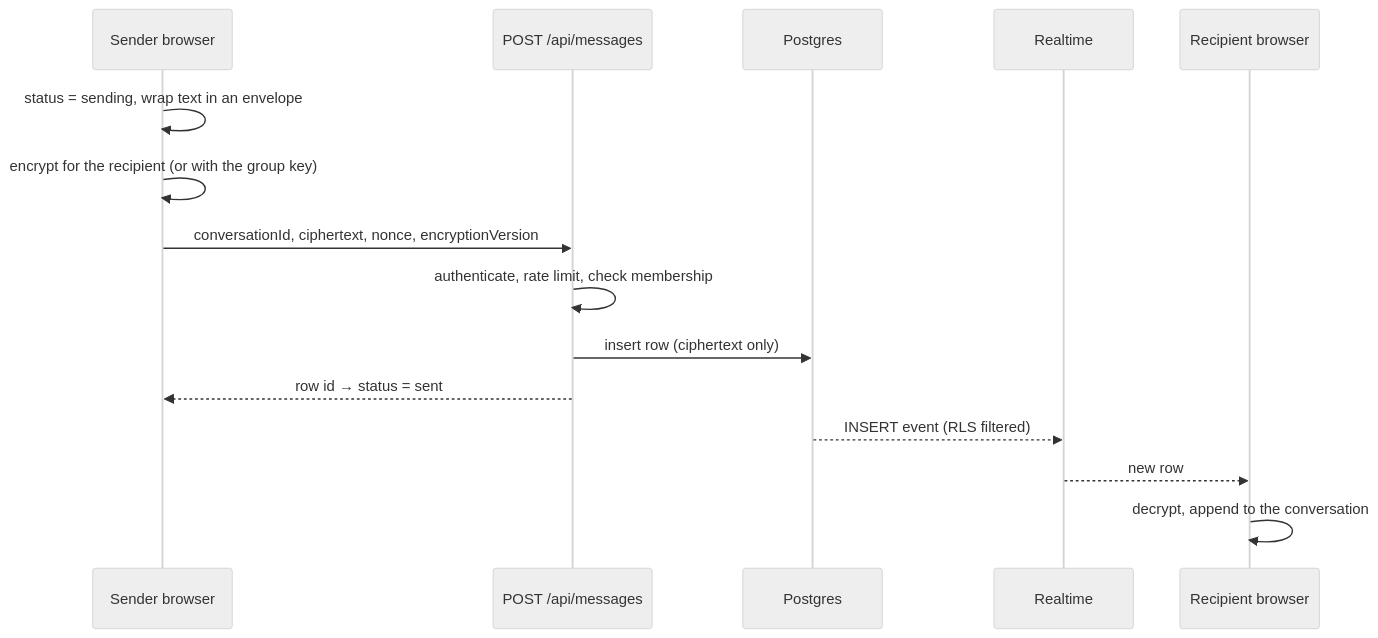
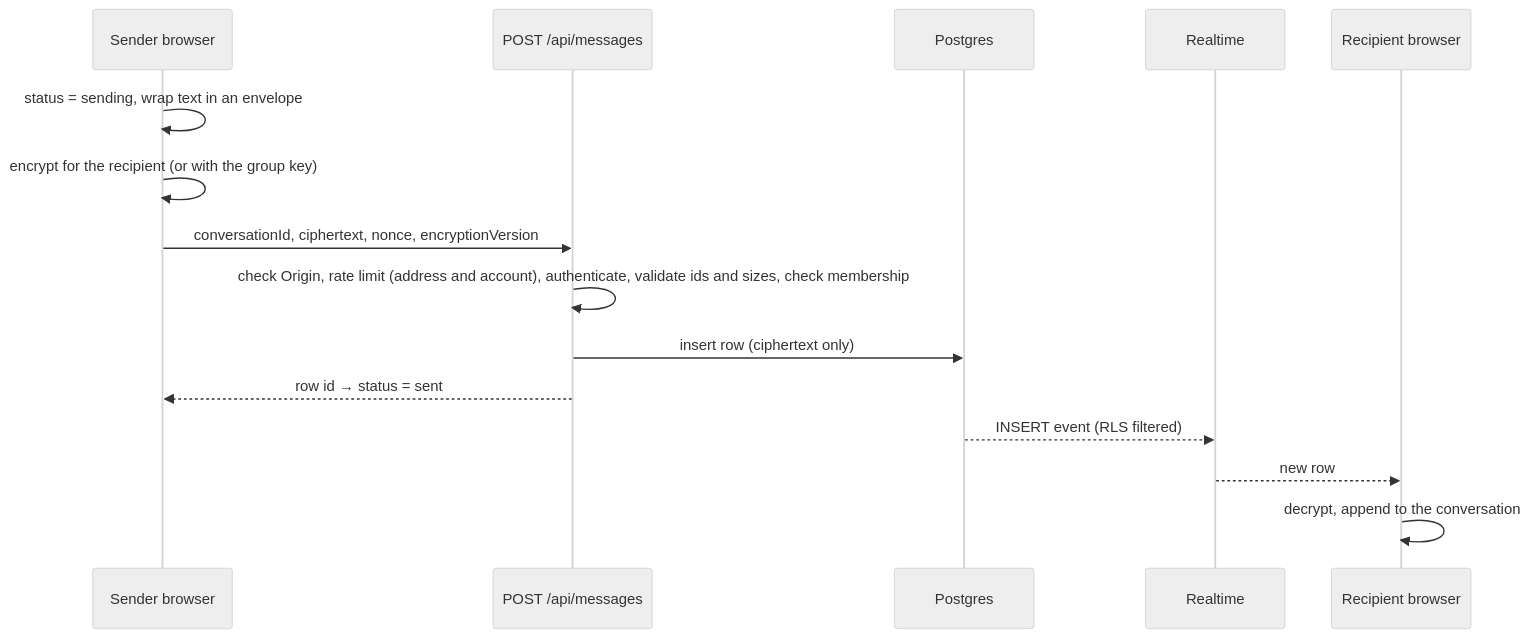
Before and after one commit to Rhytam23/social: the first of 2 diagrams in docs/ARCHITECTURE.md, drawn with Mermaid (neutral theme). The commit also changed other lines of this file and 19 other files, not shown here.

````diff
--- a/docs/ARCHITECTURE.md
+++ b/docs/ARCHITECTURE.md
@@ -67,17 +70,17 @@
 ```mermaid
 sequenceDiagram
   participant A as Sender browser
   participant API as POST /api/messages
   participant DB as Postgres
   participant RT as Realtime
   participant B as Recipient browser
   A->>A: status = sending, wrap text in an envelope
   A->>A: encrypt for the recipient (or with the group key)
   A->>API: conversationId, ciphertext, nonce, encryptionVersion
-  API->>API: authenticate, rate limit, check membership
+  API->>API: check Origin, rate limit (address and account), authenticate, validate ids and sizes, check membership
   API->>DB: insert row (ciphertext only)
   API-->>A: row id → status = sent
   DB-->>RT: INSERT event (RLS filtered)
   RT-->>B: new row
   B->>B: decrypt, append to the conversation
 ```
````
